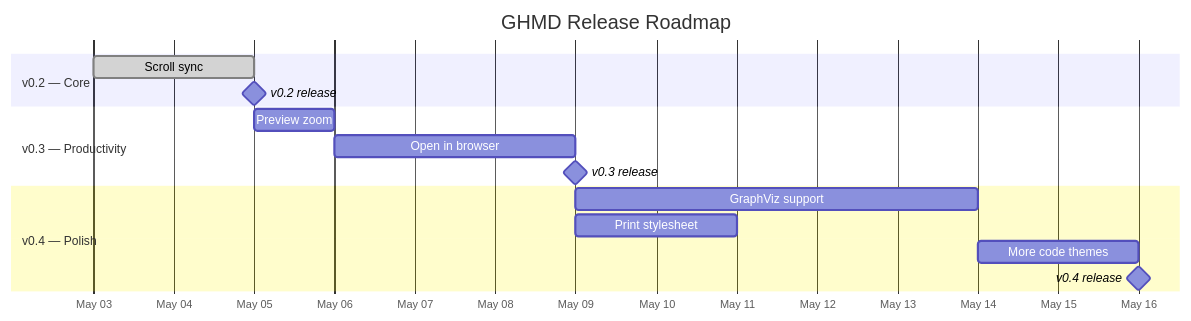
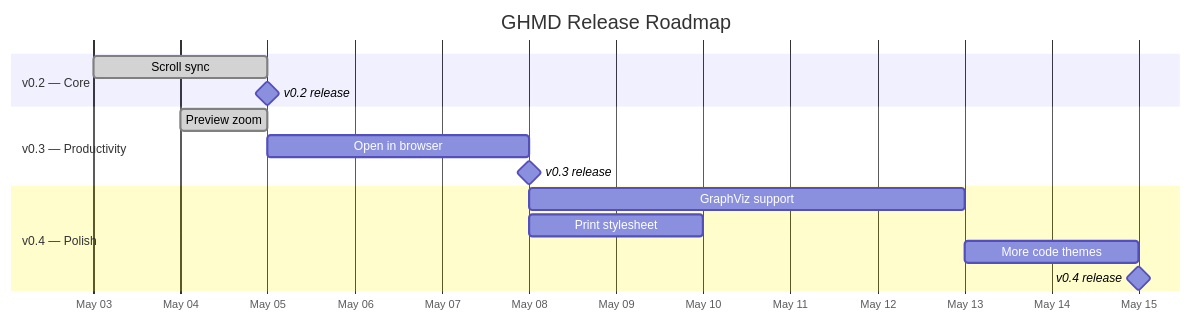
Before and after one commit to Ubpa/ghmd: the second of 2 diagrams in docs/todo.md, drawn with Mermaid. The commit also changed other lines of this file, not shown here.

Commit message:
docs: mark preview zoom as done in todo

````diff
--- a/docs/todo.md
+++ b/docs/todo.md
@@ -158,21 +136,21 @@
 ```mermaid
 gantt
     title GHMD Release Roadmap
     dateFormat YYYY-MM-DD
     axisFormat %b %d
 
     section v0.2 — Core
     Scroll sync           :done, a1, 2026-05-03, 2d
     v0.2 release           :milestone, after a1, 0d
 
     section v0.3 — Productivity
-    Preview zoom          :b1, 2026-05-05, 1d
-    Open in browser       :b2, after b1, 3d
+    Preview zoom          :done, b1, 2026-05-04, 1d
+    Open in browser       :b2, 2026-05-05, 3d
     v0.3 release           :milestone, after b2, 0d
 
     section v0.4 — Polish
     GraphViz support      :c1, after b3, 5d
     Print stylesheet      :c2, after b3, 2d
     More code themes      :c3, after c1, 2d
     v0.4 release           :milestone, after c3, 0d
 ```
````
